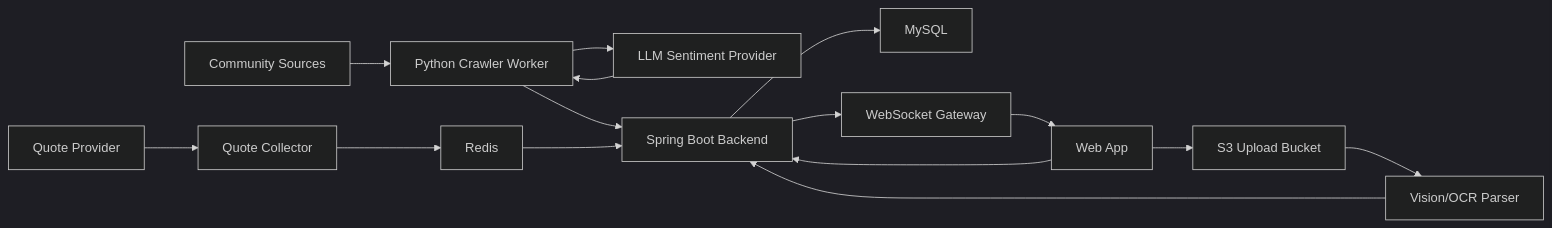
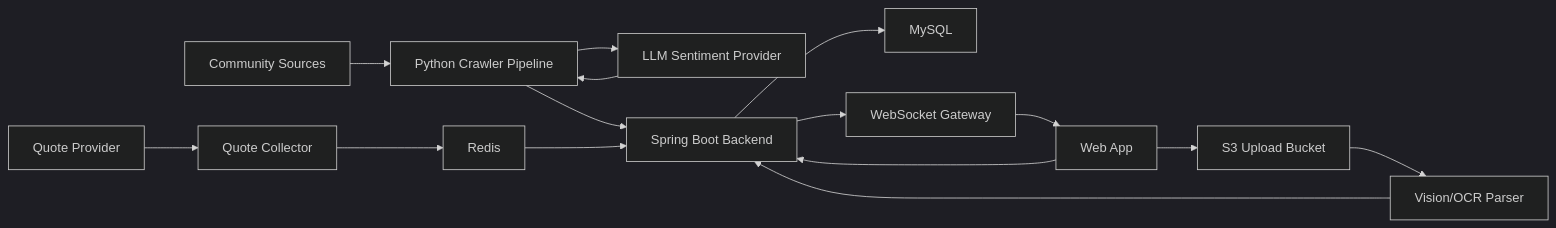
Before and after one commit to 99hyuk/YouBuyFirst_RealEstate: the diagram in docs/FINAL_PRODUCT_PLAN.md, drawn with Mermaid (dark theme). The commit also changed 64 other files, not shown here.

````diff
--- a/docs/FINAL_PRODUCT_PLAN.md
+++ b/docs/FINAL_PRODUCT_PLAN.md
@@ -177,17 +177,17 @@
 ```mermaid
 flowchart LR
-    C["Community Sources"] --> W["Python Crawler Worker"]
+    C["Community Sources"] --> W["Python Crawler Pipeline"]
     W --> L["LLM Sentiment Provider"]
     L --> W
     W --> B["Spring Boot Backend"]
     Q["Quote Provider"] --> QS["Quote Collector"]
     QS --> R["Redis"]
     R --> B
     B --> DB["MySQL"]
     B --> WS["WebSocket Gateway"]
     WS --> UI["Web App"]
     UI --> B
     S3["S3 Upload Bucket"] --> V["Vision/OCR Parser"]
     UI --> S3
     V --> B
 ```
````
